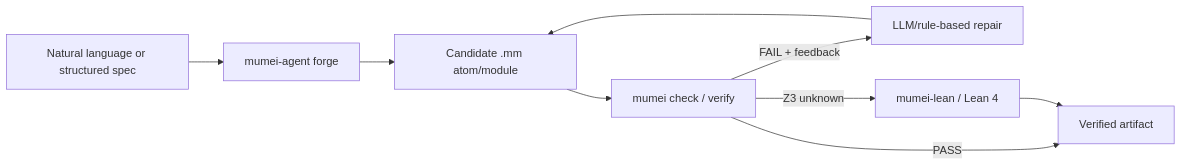
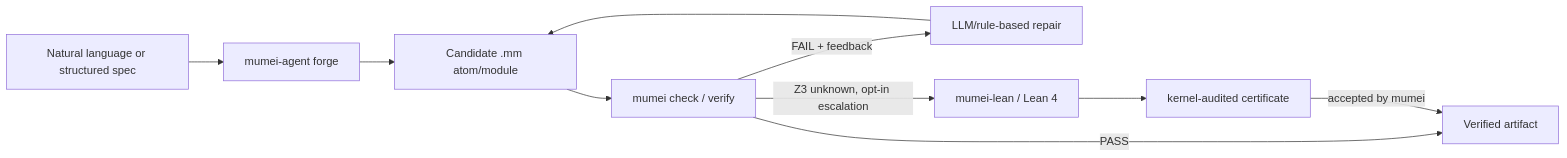
Before and after one commit to mumei-lang/mumei: the first of 4 diagrams in paper/index.md, drawn with Mermaid. The commit also changed other lines of this file and 3 other files, not shown here.

````diff
--- a/paper/index.md
+++ b/paper/index.md
@@ -110,11 +110,12 @@
 ```mermaid
 flowchart LR
     Spec["Natural language or structured spec"] --> Forge["mumei-agent forge"]
     Forge --> Candidate["Candidate .mm atom/module"]
     Candidate --> Compiler["mumei check / verify"]
     Compiler -->|PASS| Artifact["Verified artifact"]
     Compiler -->|FAIL + feedback| Repair["LLM/rule-based repair"]
     Repair --> Candidate
-    Compiler -->|Z3 unknown| Lean["mumei-lean / Lean 4"]
-    Lean --> Artifact
+    Compiler -->|Z3 unknown, opt-in escalation| Lean["mumei-lean / Lean 4"]
+    Lean --> LeanCert["kernel-audited certificate"]
+    LeanCert -->|accepted by mumei| Artifact
 ```
````
